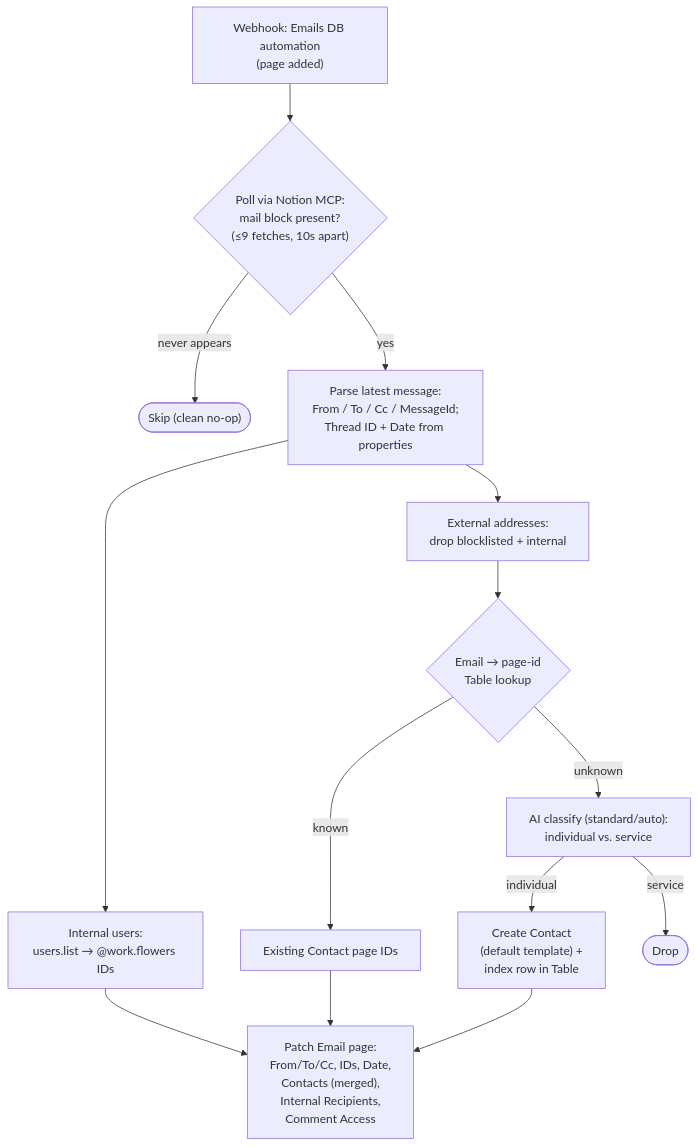
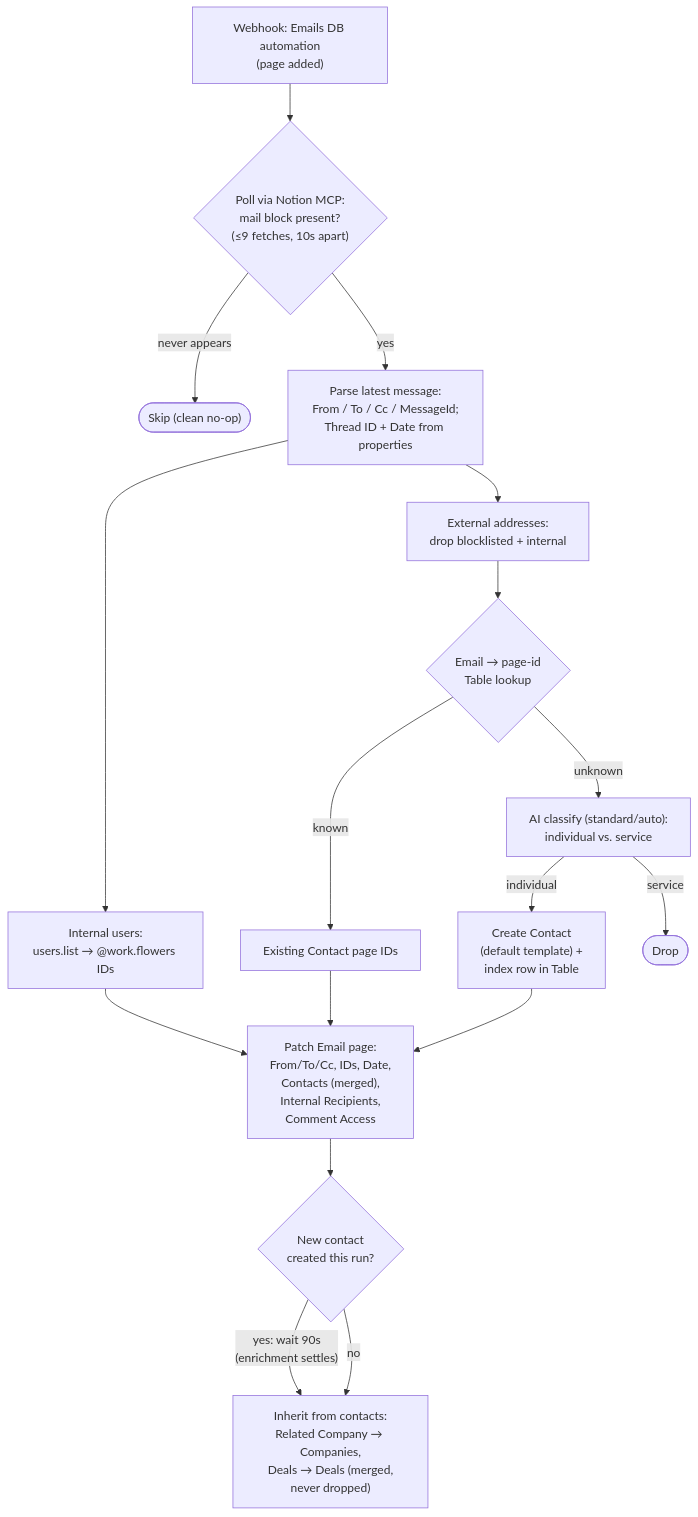
The diagram in email-db-updates/README.md (work-flowers/zapier-sdk), drawn with Mermaid before and after one commit. The commit also changed other lines of this file and 2 other files, not shown here.

Commit message:
feat: inherit Companies/Deals onto Emails from linked contacts
The native 'set Companies when a contact is linked' Emails DB automation
does not fire on API-driven property updates (the same finding recorded
in the meeting-note worker), so with the durable now setting the
Contacts relation, the company link stopped happening. The linking moves
into the workflow: after the page patch, each linked contact's Related
Company and Deals relations are merged onto the email's Companies/Deals
(existing links never dropped, one conditional PATCH).

When the run created a brand-new contact, the durable waits 90s first so
enrich-contact-records can fill in the contact's Related Company (free
while suspended).

Published as version 019fa2b1-6634-7208-91ad-f5586dfbc42f and verified
live: the Rex Harris invite email (Companies empty, one linked contact)
now carries Companies -> Zapier, inherited from the contact.

````diff
--- a/email-db-updates/README.md
+++ b/email-db-updates/README.md
@@ -19,16 +20,19 @@
 ```mermaid
 flowchart TD
     A["Webhook: Emails DB automation<br/>(page added)"] --> B{"Poll via Notion MCP:<br/>mail block present?<br/>(≤9 fetches, 10s apart)"}
     B -- "never appears" --> S(["Skip (clean no-op)"])
     B -- yes --> C["Parse latest message:<br/>From / To / Cc / MessageId;<br/>Thread ID + Date from properties"]
     C --> D["Internal users:<br/>users.list → @work.flowers IDs"]
     C --> E["External addresses:<br/>drop blocklisted + internal"]
     E --> F{"Email → page-id<br/>Table lookup"}
     F -- known --> G["Existing Contact page IDs"]
     F -- unknown --> H["AI classify (standard/auto):<br/>individual vs. service"]
     H -- individual --> I["Create Contact<br/>(default template) +<br/>index row in Table"]
     H -- service --> J(["Drop"])
     D --> K
     G --> K
     I --> K["Patch Email page:<br/>From/To/Cc, IDs, Date,<br/>Contacts (merged),<br/>Internal Recipients,<br/>Comment Access"]
+    K --> L{"New contact<br/>created this run?"}
+    L -- "yes: wait 90s<br/>(enrichment settles)" --> M
+    L -- no --> M["Inherit from contacts:<br/>Related Company → Companies,<br/>Deals → Deals (merged,<br/>never dropped)"]
 ```
````
